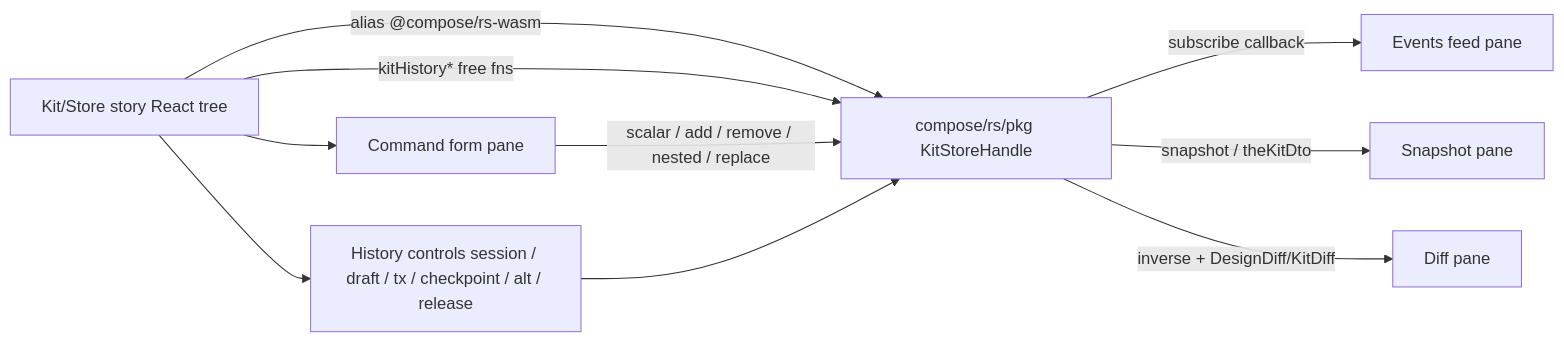
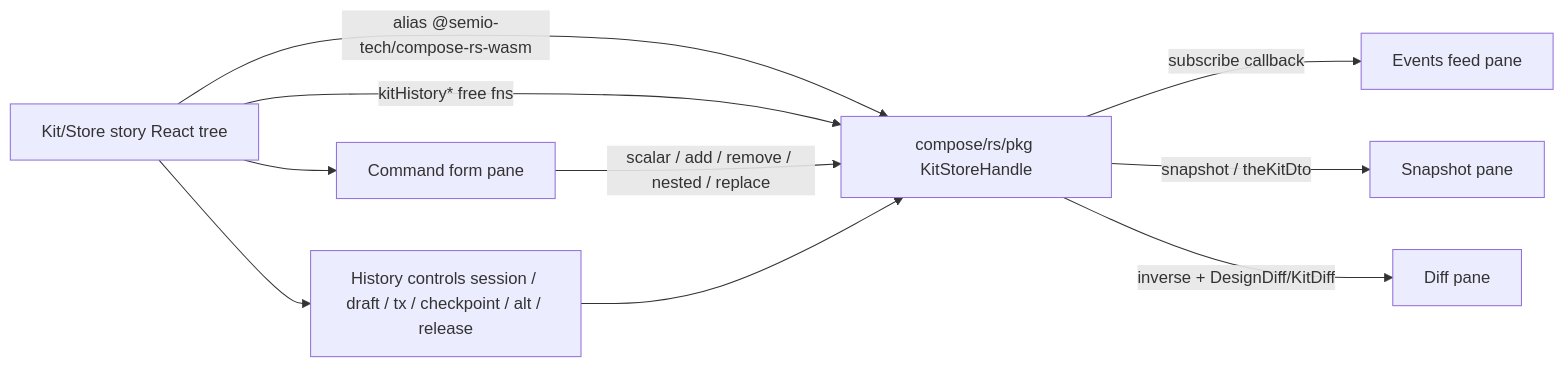
The diagram in .repo/🎫/26/04/23/KIT-STORE-GIT-KRAKEN-STYLE-HISTORY-WINDOW/kit_store_story_0a521ca8.plan.md (usalu/semio), drawn with Mermaid before and after one commit. The commit also changed other lines of this file and 1282 other files, not shown here.

````diff
--- a/.repo/🎫/26/04/23/KIT-STORE-GIT-KRAKEN-STYLE-HISTORY-WINDOW/kit_store_story_0a521ca8.plan.md
+++ b/.repo/🎫/26/04/23/KIT-STORE-GIT-KRAKEN-STYLE-HISTORY-WINDOW/kit_store_story_0a521ca8.plan.md
@@ -35,12 +35,12 @@
 ```mermaid
 graph LR
-  UI[Kit/Store story React tree] -->|alias @compose/rs-wasm| WASM[compose/rs/pkg KitStoreHandle]
+  UI[Kit/Store story React tree] -->|alias @semio-tech/compose-rs-wasm| WASM[compose/rs/pkg KitStoreHandle]
   UI -->|kitHistory* free fns| WASM
   WASM -->|subscribe callback| Events[Events feed pane]
   UI --> CmdForm[Command form pane]
   CmdForm -->|scalar / add / remove / nested / replace| WASM
   WASM -->|snapshot / theKitDto| Snap[Snapshot pane]
   WASM -->|inverse + DesignDiff/KitDiff| Diff[Diff pane]
   UI --> Hist[History controls session / draft / tx / checkpoint / alt / release]
   Hist --> WASM
 ```
````
